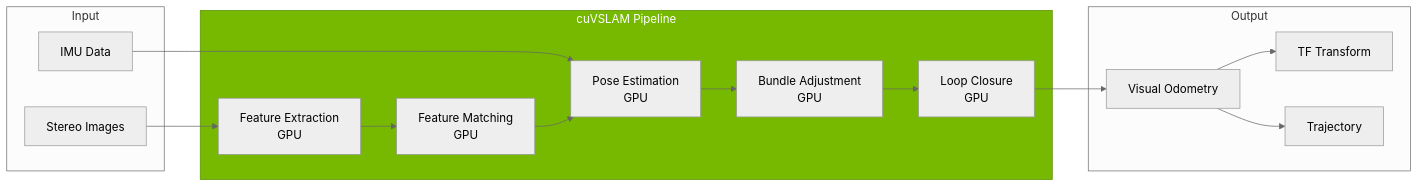
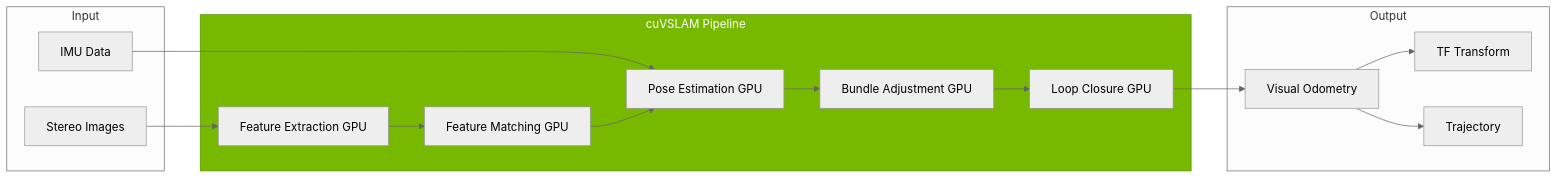
Before and after one commit to shakir-hussain1/physical-AI-and-humanoid-robotics-textbook-by-shakir-hussain: the second of 4 diagrams in docs/modules/module-3-isaac/chapter-11-perception.md, drawn with Mermaid (neutral theme). The commit also changed other lines of this file and 17 other files, not shown here.

Commit message:
fix: Remove br tags from Mermaid diagrams causing parse errors

````diff
--- a/docs/modules/module-3-isaac/chapter-11-perception.md
+++ b/docs/modules/module-3-isaac/chapter-11-perception.md
@@ -94,33 +94,33 @@
 ```mermaid
 flowchart LR
     subgraph Input["Input"]
         CAM[Stereo Images]
         IMU_IN[IMU Data]
     end
 
     subgraph cuVSLAM["cuVSLAM Pipeline"]
-        FEAT[Feature Extraction<br/>GPU]
-        MATCH[Feature Matching<br/>GPU]
-        POSE[Pose Estimation<br/>GPU]
-        BA[Bundle Adjustment<br/>GPU]
-        LOOP[Loop Closure<br/>GPU]
+        FEAT[Feature Extraction GPU]
+        MATCH[Feature Matching GPU]
+        POSE[Pose Estimation GPU]
+        BA[Bundle Adjustment GPU]
+        LOOP[Loop Closure GPU]
     end
 
     subgraph Output["Output"]
         ODOM[Visual Odometry]
         TF[TF Transform]
         TRAJ[Trajectory]
     end
 
     CAM --> FEAT
     IMU_IN --> POSE
     FEAT --> MATCH
     MATCH --> POSE
     POSE --> BA
     BA --> LOOP
     LOOP --> ODOM
     ODOM --> TF
     ODOM --> TRAJ
 
     style cuVSLAM fill:#76b900,stroke:#5a8f00,color:#fff
 ```
````
